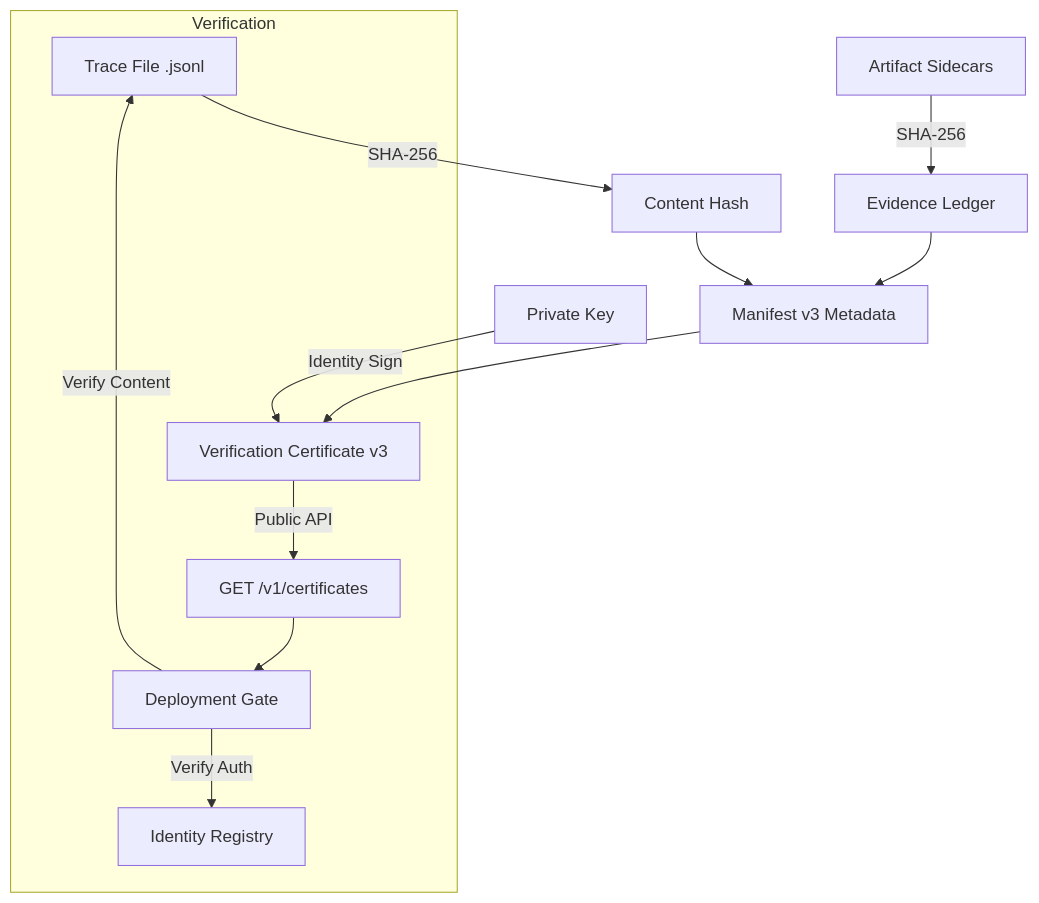
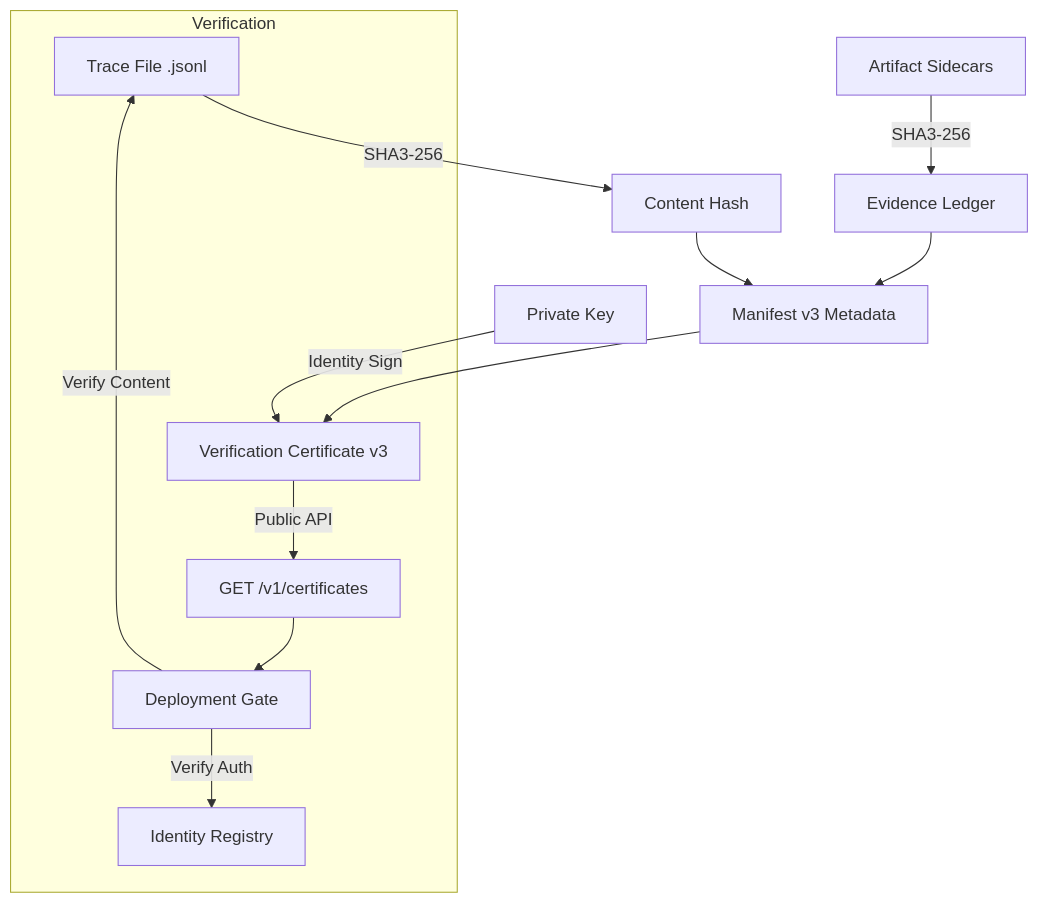
The diagram in docs/src/content/docs/auditor/trust-protocol.md (najeed/ai-agent-eval-harness), drawn with Mermaid before and after one commit. The commit also changed other lines of this file and 40 other files, not shown here.

````diff
--- a/docs/src/content/docs/auditor/trust-protocol.md
+++ b/docs/src/content/docs/auditor/trust-protocol.md
@@ -12,16 +12,16 @@
 ```mermaid
 graph TD
-    A[Trace File .jsonl] -->|SHA-256| B[Content Hash]
+    A[Trace File .jsonl] -->|SHA3-256| B[Content Hash]
     B --> C[Manifest v3 Metadata]
-    S[Artifact Sidecars] -->|SHA-256| L[Evidence Ledger]
+    S[Artifact Sidecars] -->|SHA3-256| L[Evidence Ledger]
     L --> C
     D[Private Key] -->|Identity Sign| E[Verification Certificate v3]
     C --> E
     
     subgraph "Verification"
         E -->|Public API| H[GET /v1/certificates]
         H --> I[Deployment Gate]
         I -->|Verify Auth| J[Identity Registry]
         I -->|Verify Content| A
     end
 ```
````
